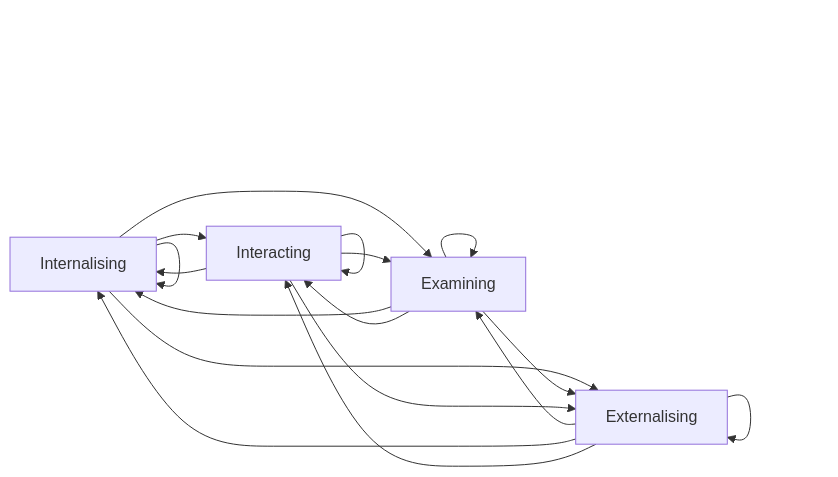
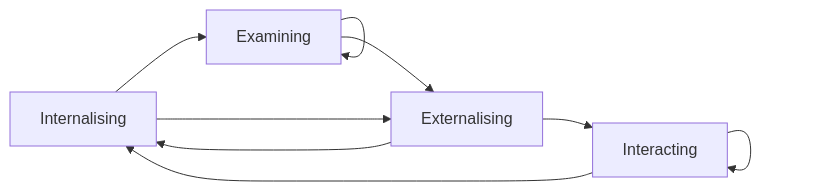
The first of 4 diagrams in reference.md (petermarshallio/uriam), drawn with Mermaid before and after one commit. The commit also changed other lines of this file and 6 other files, not shown here.

````diff
--- a/reference.md
+++ b/reference.md
@@ -86,24 +93,16 @@
 ```mermaid
 graph LR
     A["Internalising"]
     B["Examining"]
     C["Externalising"]
     D["Interacting"]
 
-    A --> A
-    A --> D
     A --> B
     A --> C
-    B --> A
-    B --> D
     B --> B
     B --> C
-    C --> B
-    C --> C
     C --> A
     C --> D
-    D --> B
-    D --> C
     D --> A
     D --> D
 ```
````
